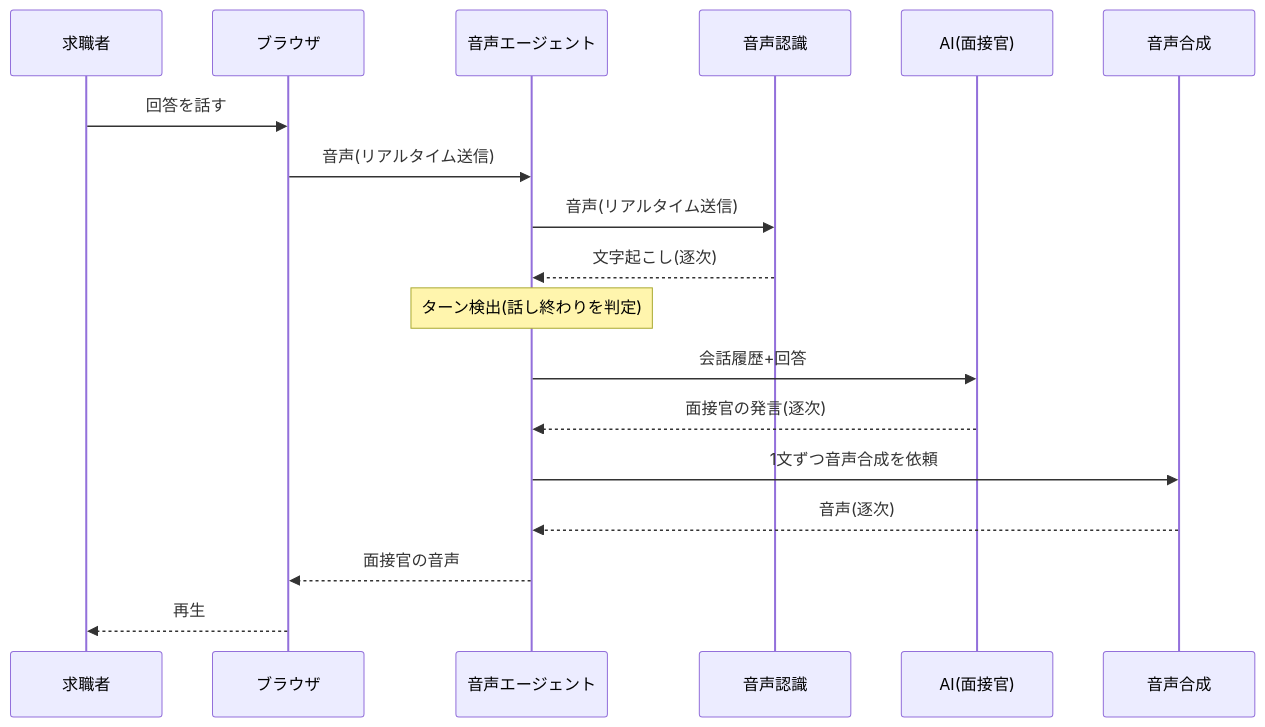
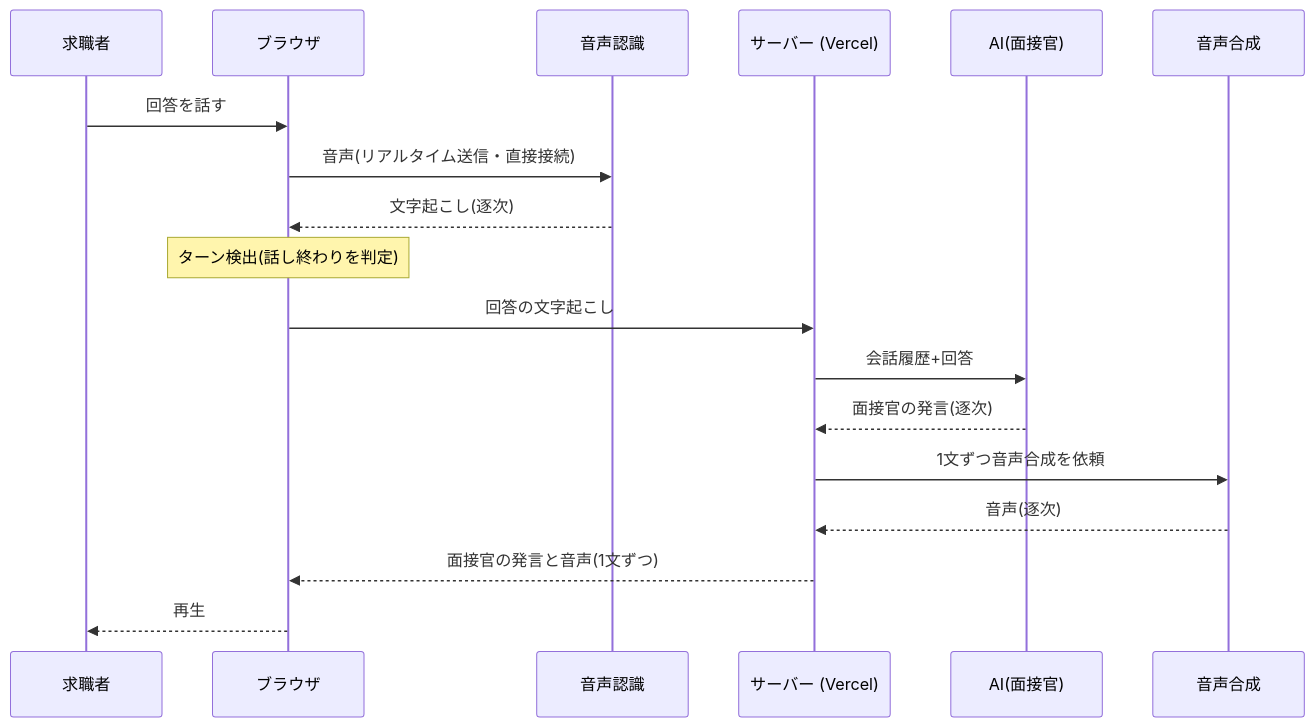
One commit to tarokuma555-maker/AI-interview-pj changed the second of 5 diagrams in docs/requirements.md. Above: the diagram before and after it, drawn with Mermaid. The commit also changed other lines of this file and 2 other files, not shown here.

First line of the commit message:
Add basic design document and switch to Vercel-only architecture

````diff
--- a/docs/requirements.md
+++ b/docs/requirements.md
@@ -316,20 +317,20 @@
 ```mermaid
 sequenceDiagram
     participant U as 求職者
     participant B as ブラウザ
-    participant A as 音声エージェント
     participant S as 音声認識
+    participant V as サーバー (Vercel)
     participant L as AI(面接官)
     participant T as 音声合成
     U->>B: 回答を話す
-    B->>A: 音声(リアルタイム送信)
-    A->>S: 音声(リアルタイム送信)
-    S-->>A: 文字起こし(逐次)
-    Note over A: ターン検出(話し終わりを判定)
-    A->>L: 会話履歴+回答
-    L-->>A: 面接官の発言(逐次)
-    A->>T: 1文ずつ音声合成を依頼
-    T-->>A: 音声(逐次)
-    A-->>B: 面接官の音声
+    B->>S: 音声(リアルタイム送信・直接接続)
+    S-->>B: 文字起こし(逐次)
+    Note over B: ターン検出(話し終わりを判定)
+    B->>V: 回答の文字起こし
+    V->>L: 会話履歴+回答
+    L-->>V: 面接官の発言(逐次)
+    V->>T: 1文ずつ音声合成を依頼
+    T-->>V: 音声(逐次)
+    V-->>B: 面接官の発言と音声(1文ずつ)
     B-->>U: 再生
 ```
````
